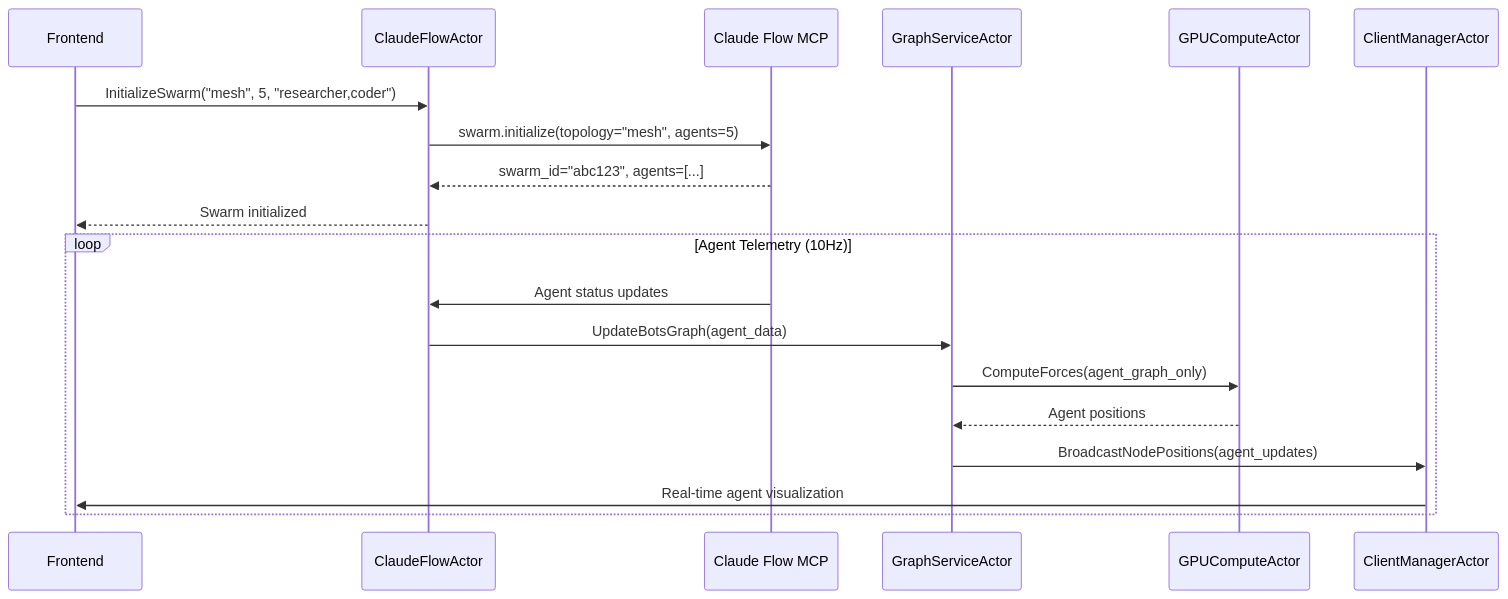
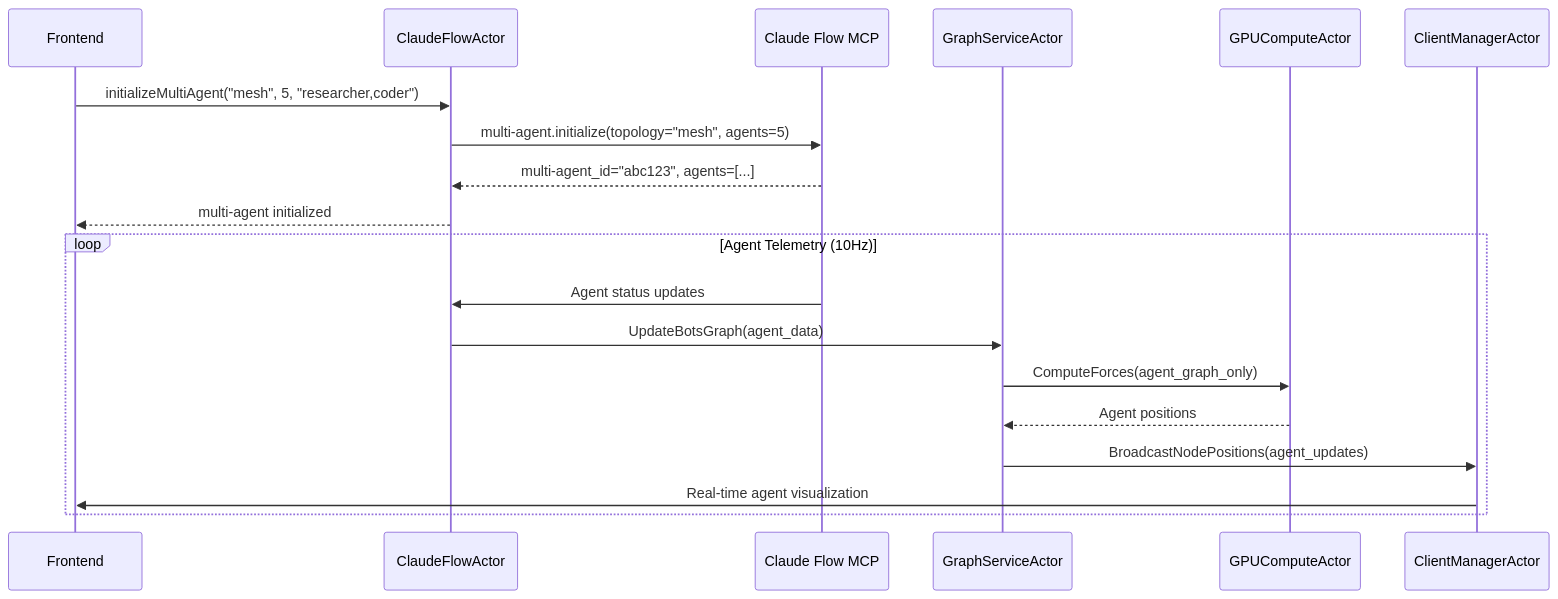
Before and after one commit to DreamLab-AI/VisionFlow: the fourth of 4 diagrams in docs/server/actors.md, drawn with Mermaid. The commit also changed other lines of this file and 62 other files, not shown here.

Commit message:
rename to multiAgent

````diff
--- a/docs/server/actors.md
+++ b/docs/server/actors.md
@@ -367,23 +367,23 @@
 ```mermaid
 sequenceDiagram
     participant Frontend
-    participant CFA as ClaudeFlowActor  
+    participant CFA as ClaudeFlowActor
     participant MCP as Claude Flow MCP
     participant GSA as GraphServiceActor
     participant GCA as GPUComputeActor
     participant CMA as ClientManagerActor
-    
-    Frontend->>CFA: InitializeSwarm("mesh", 5, "researcher,coder")
-    CFA->>MCP: swarm.initialize(topology="mesh", agents=5)
-    MCP-->>CFA: swarm_id="abc123", agents=[...]
-    CFA-->>Frontend: Swarm initialized
-    
+
+    Frontend->>CFA: initializeMultiAgent("mesh", 5, "researcher,coder")
+    CFA->>MCP: multi-agent.initialize(topology="mesh", agents=5)
+    MCP-->>CFA: multi-agent_id="abc123", agents=[...]
+    CFA-->>Frontend: multi-agent initialized
+
     loop Agent Telemetry (10Hz)
         MCP->>CFA: Agent status updates
         CFA->>GSA: UpdateBotsGraph(agent_data)
         GSA->>GCA: ComputeForces(agent_graph_only)
         GCA-->>GSA: Agent positions
         GSA->>CMA: BroadcastNodePositions(agent_updates)
         CMA->>Frontend: Real-time agent visualization
     end
 ```
````
